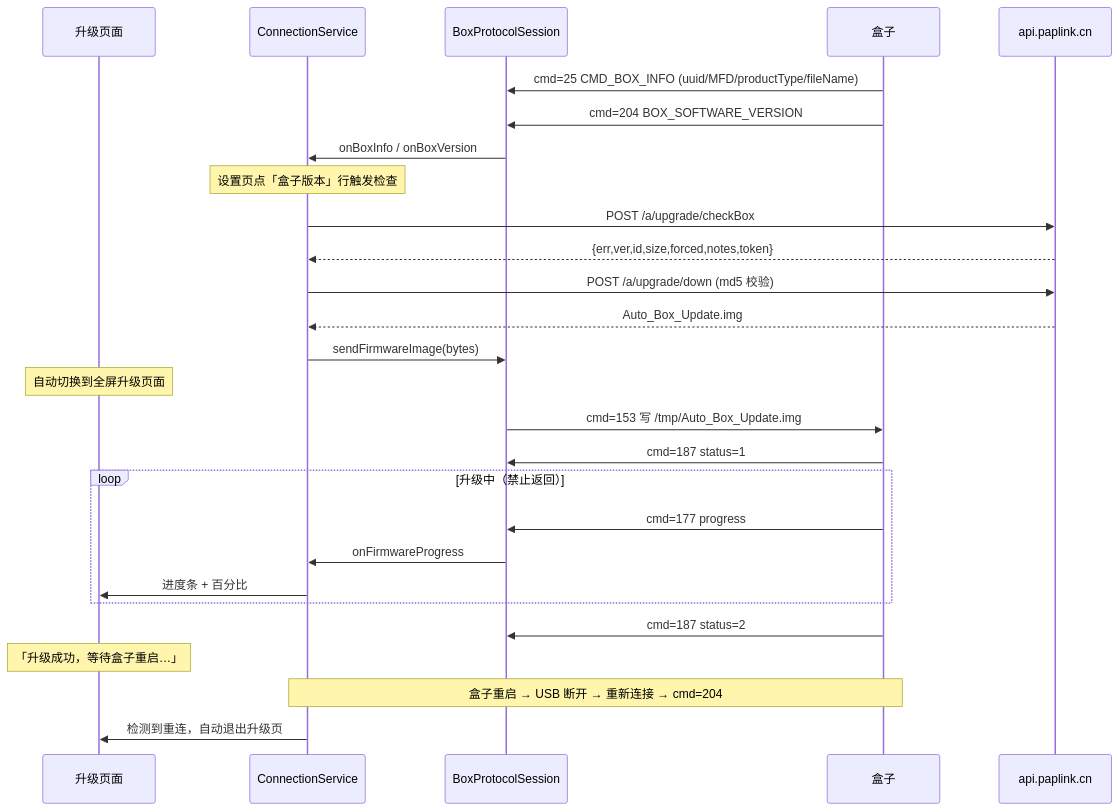
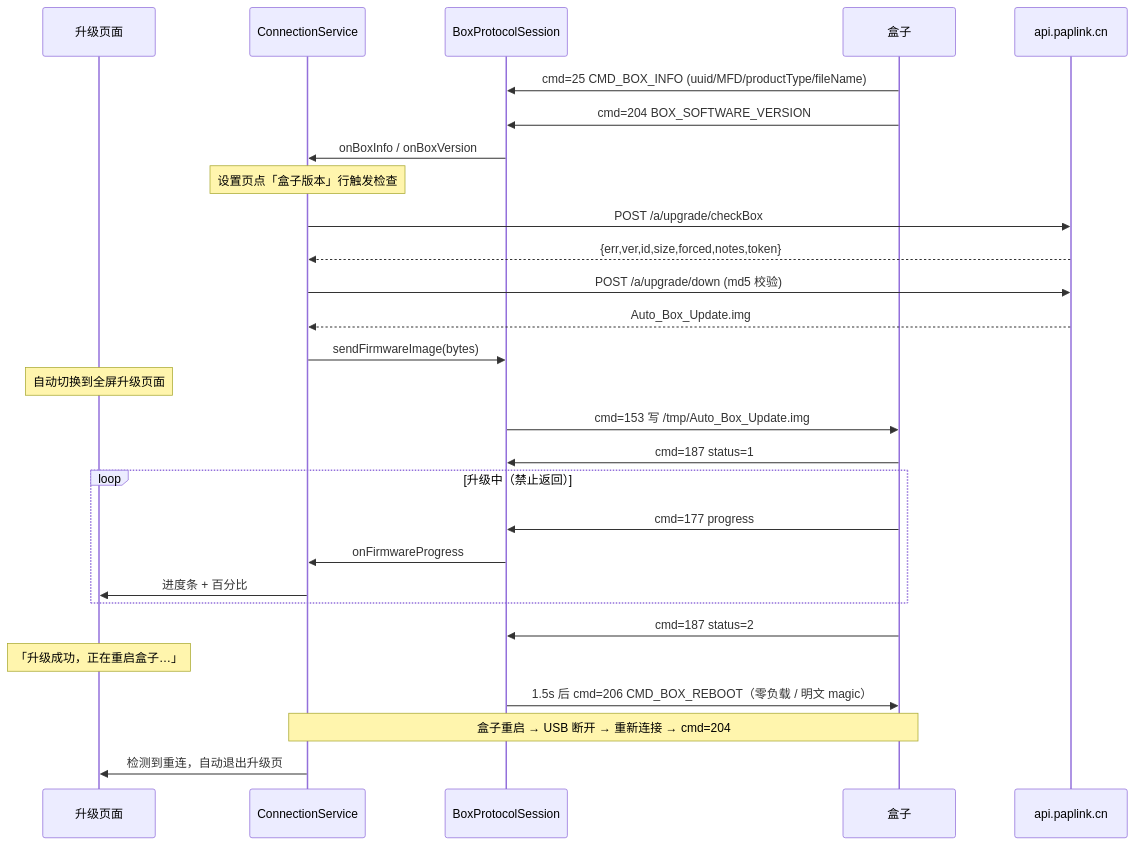
The third of 3 diagrams in docs/box-protocol.md (CuiYao631/playauto), drawn with Mermaid before and after one commit. The commit also changed other lines of this file and 6 other files, not shown here.

````diff
--- a/docs/box-protocol.md
+++ b/docs/box-protocol.md
@@ -433,29 +476,30 @@
 ```mermaid
 sequenceDiagram
     participant UI as 升级页面
     participant S as ConnectionService
     participant P as BoxProtocolSession
     participant B as 盒子
     participant C as api.paplink.cn
     B->>P: cmd=25 CMD_BOX_INFO (uuid/MFD/productType/fileName)
     B->>P: cmd=204 BOX_SOFTWARE_VERSION
     P->>S: onBoxInfo / onBoxVersion
     Note over S: 设置页点「盒子版本」行触发检查
     S->>C: POST /a/upgrade/checkBox
     C-->>S: {err,ver,id,size,forced,notes,token}
     S->>C: POST /a/upgrade/down (md5 校验)
     C-->>S: Auto_Box_Update.img
     S->>P: sendFirmwareImage(bytes)
     Note over UI: 自动切换到全屏升级页面
     P->>B: cmd=153 写 /tmp/Auto_Box_Update.img
     B->>P: cmd=187 status=1
     loop 升级中（禁止返回）
         B->>P: cmd=177 progress
         P->>S: onFirmwareProgress
         S->>UI: 进度条 + 百分比
     end
     B->>P: cmd=187 status=2
-    Note over UI: 「升级成功，等待盒子重启…」
+    Note over UI: 「升级成功，正在重启盒子…」
+    P->>B: 1.5s 后 cmd=206 CMD_BOX_REBOOT（零负载 / 明文 magic）
     Note over B,S: 盒子重启 → USB 断开 → 重新连接 → cmd=204
     S->>UI: 检测到重连，自动退出升级页
 ```
````
